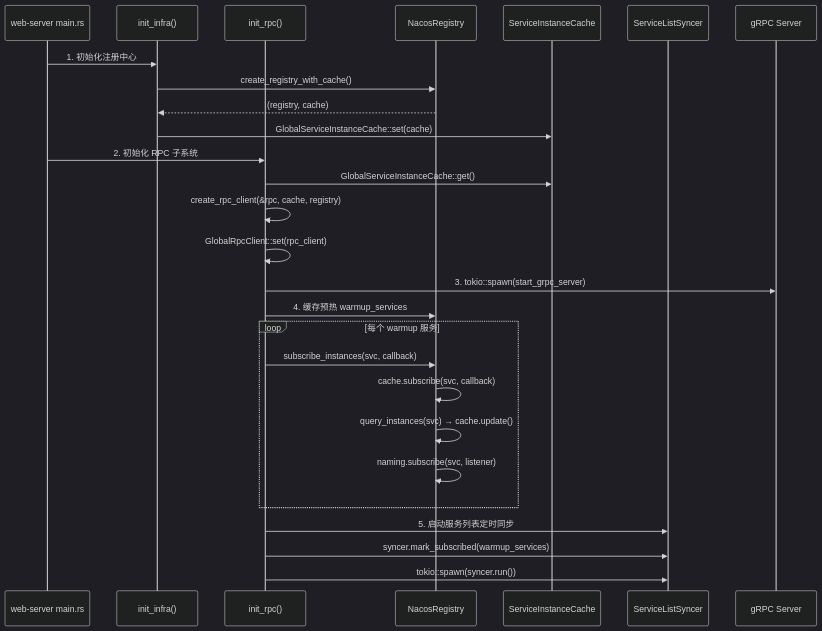
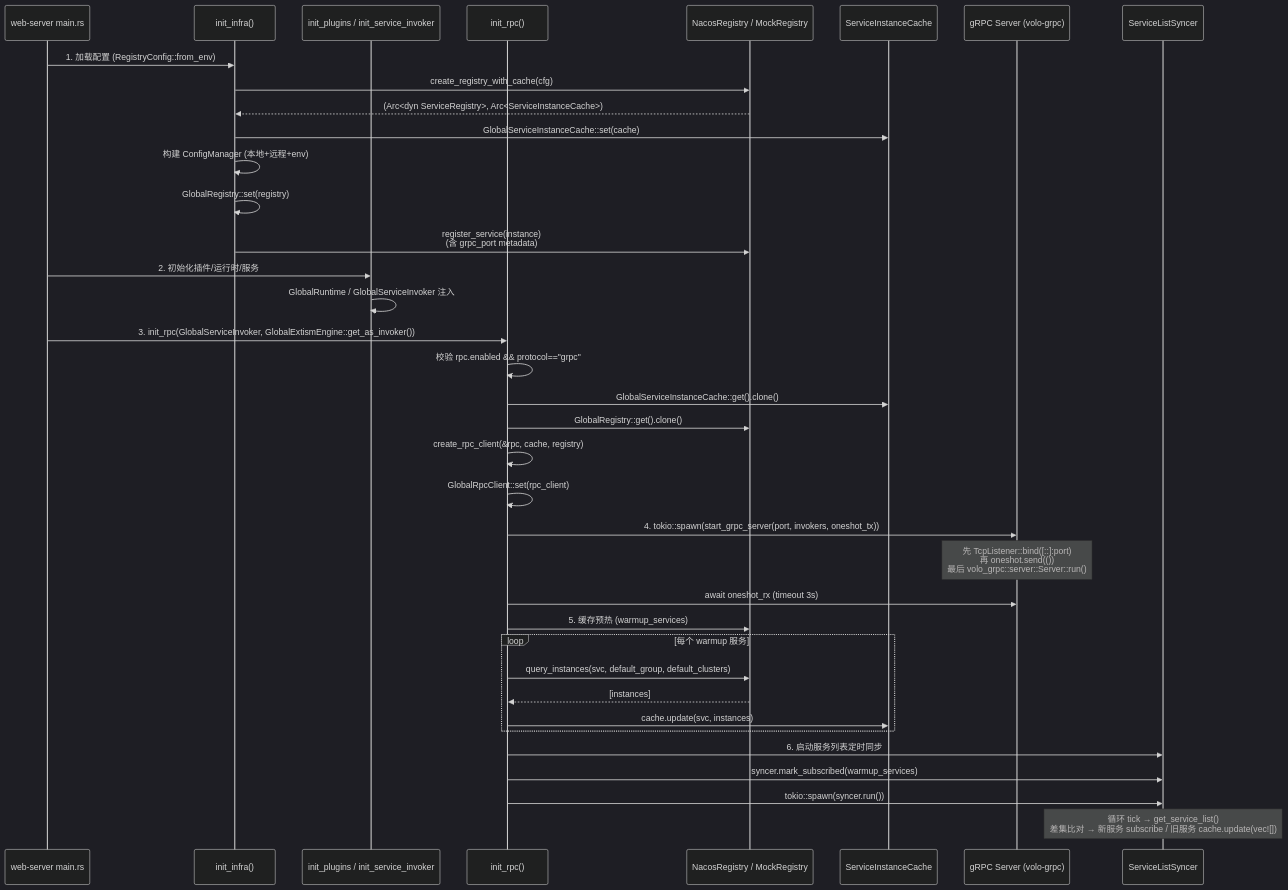
Before and after one commit to warpdrivelabs/cmx-container: the second of 11 diagrams in .trae/documents/RPC架构流程详解.md, drawn with Mermaid (dark theme). The commit also changed other lines of this file and 2 other files, not shown here.

````diff
--- a/.trae/documents/RPC架构流程详解.md
+++ b/.trae/documents/RPC架构流程详解.md
@@ -81,34 +118,45 @@
 ```mermaid
 sequenceDiagram
     participant Main as web-server main.rs
     participant Infra as init_infra()
+    participant Plugin as init_plugins / init_service_invoker
     participant RPC as init_rpc()
-    participant Registry as NacosRegistry
+    participant Registry as NacosRegistry / MockRegistry
     participant Cache as ServiceInstanceCache
+    participant Server as gRPC Server (volo-grpc)
     participant Syncer as ServiceListSyncer
-    participant Server as gRPC Server
 
-    Main->>Infra: 1. 初始化注册中心
-    Infra->>Registry: create_registry_with_cache()
-    Registry-->>Infra: (registry, cache)
+    Main->>Infra: 1. 加载配置 (RegistryConfig::from_env)
+    Infra->>Registry: create_registry_with_cache(cfg)
+    Registry-->>Infra: (Arc<dyn ServiceRegistry>, Arc<ServiceInstanceCache>)
     Infra->>Cache: GlobalServiceInstanceCache::set(cache)
+    Infra->>Infra: 构建 ConfigManager (本地+远程+env)
+    Infra->>Infra: GlobalRegistry::set(registry)
+    Infra->>Registry: register_service(instance)<br/>(含 grpc_port metadata)
 
-    Main->>RPC: 2. 初始化 RPC 子系统
-    RPC->>Cache: GlobalServiceInstanceCache::get()
+    Main->>Plugin: 2. 初始化插件/运行时/服务
+    Plugin->>Plugin: GlobalRuntime / GlobalServiceInvoker 注入
+
+    Main->>RPC: 3. init_rpc(GlobalServiceInvoker, GlobalExtismEngine::get_as_invoker())
+    RPC->>RPC: 校验 rpc.enabled && protocol=="grpc"
+    RPC->>Cache: GlobalServiceInstanceCache::get().clone()
+    RPC->>Registry: GlobalRegistry::get().clone()
     RPC->>RPC: create_rpc_client(&rpc, cache, registry)
     RPC->>RPC: GlobalRpcClient::set(rpc_client)
 
-    RPC->>Server: 3. tokio::spawn(start_grpc_server)
+    RPC->>Server: 4. tokio::spawn(start_grpc_server(port, invokers, oneshot_tx))
+    Note over Server: 先 TcpListener::bind([::]:port)<br/>再 oneshot.send(())<br/>最后 volo_grpc::server::Server::run()
+    RPC->>Server: await oneshot_rx (timeout 3s)
 
-    RPC->>Registry: 4. 缓存预热 warmup_services
+    RPC->>Registry: 5. 缓存预热 (warmup_services)
     loop 每个 warmup 服务
-        RPC->>Registry: subscribe_instances(svc, callback)
-        Registry->>Registry: cache.subscribe(svc, callback)
-        Registry->>Registry: query_instances(svc) → cache.update()
-        Registry->>Registry: naming.subscribe(svc, listener)
+        RPC->>Registry: query_instances(svc, default_group, default_clusters)
+        Registry-->>RPC: [instances]
+        RPC->>Cache: cache.update(svc, instances)
     end
 
-    RPC->>Syncer: 5. 启动服务列表定时同步
+    RPC->>Syncer: 6. 启动服务列表定时同步
     RPC->>Syncer: syncer.mark_subscribed(warmup_services)
     RPC->>Syncer: tokio::spawn(syncer.run())
+    Note over Syncer: 循环 tick → get_service_list()<br/>差集比对 → 新服务 subscribe / 旧服务 cache.update(vec![])
 ```
````
